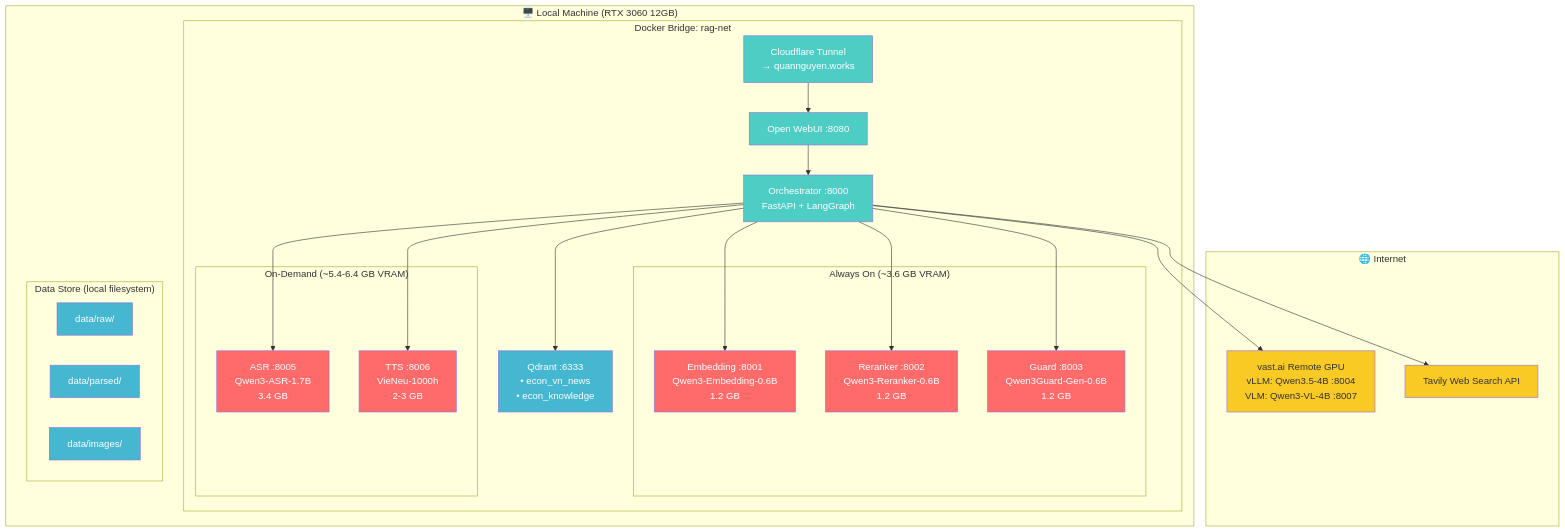
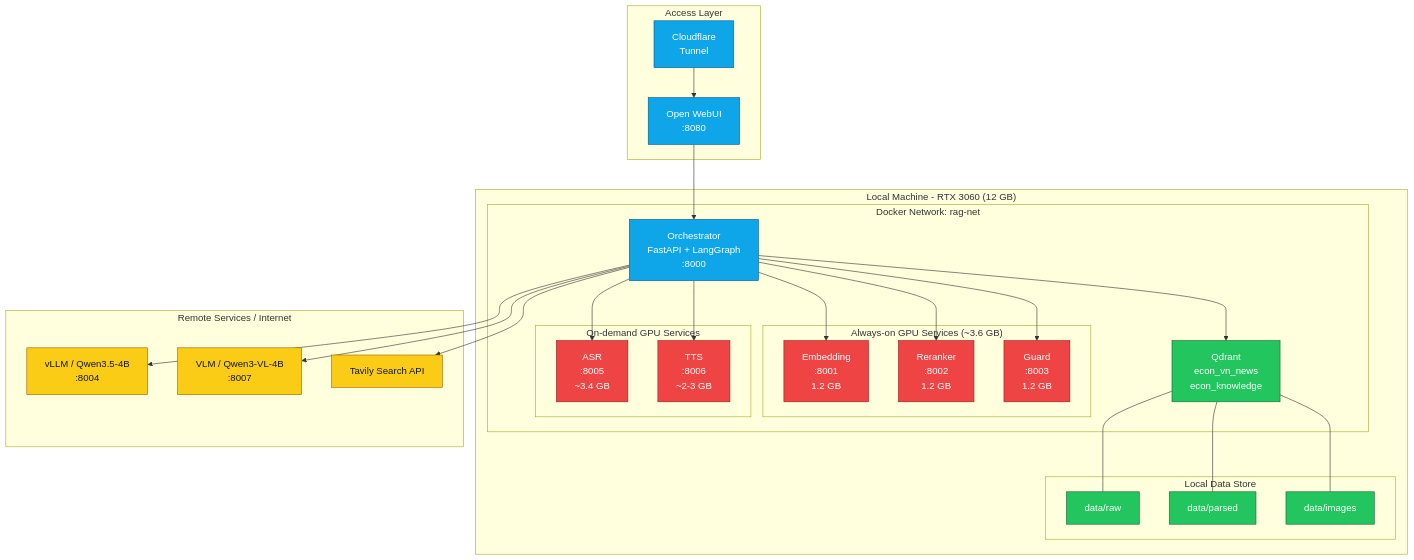
The diagram in docs/diagrams/09_multimodal_system_architecture.mmd (minhquana1906/Multimodal-Economic-RAG-Assistant), drawn with Mermaid before and after one commit. The commit also changed 11 other files, not shown here.

Commit message:
docs(diagrams): refresh multimodal architecture artifacts

```diff
--- a/docs/diagrams/09_multimodal_system_architecture.mmd
+++ b/docs/diagrams/09_multimodal_system_architecture.mmd
@@ -1,54 +1,63 @@
-graph TB
-    subgraph Internet["🌐 Internet"]
-        vastai["vast.ai Remote GPU<br/>vLLM: Qwen3.5-4B :8004<br/>VLM: Qwen3-VL-4B :8007"]
-        tavily["Tavily Web Search API"]
+flowchart TB
+    subgraph access["Access Layer"]
+        tunnel["Cloudflare<br/>Tunnel"]
+        webui["Open WebUI<br/>:8080"]
     end
 
-    subgraph Local["🖥️ Local Machine (RTX 3060 12GB)"]
-        subgraph DockerNet["Docker Bridge: rag-net"]
-            subgraph AlwaysOn["Always On (~3.6 GB VRAM)"]
-                emb["Embedding :8001<br/>Qwen3-Embedding-0.6B<br/>1.2 GB"]
-                rrk["Reranker :8002<br/>Qwen3-Reranker-0.6B<br/>1.2 GB"]
-                grd["Guard :8003<br/>Qwen3Guard-Gen-0.6B<br/>1.2 GB"]
+    subgraph local["Local Machine - RTX 3060 (12 GB)"]
+        subgraph net["Docker Network: rag-net"]
+            orch["Orchestrator<br/>FastAPI + LangGraph<br/>:8000"]
+
+            subgraph always_on["Always-on GPU Services (~3.6 GB)"]
+                emb["Embedding<br/>:8001<br/>1.2 GB"]
+                rrk["Reranker<br/>:8002<br/>1.2 GB"]
+                grd["Guard<br/>:8003<br/>1.2 GB"]
             end
 
-            subgraph OnDemand["On-Demand (~5.4-6.4 GB VRAM)"]
-                asr["ASR :8005<br/>Qwen3-ASR-1.7B<br/>3.4 GB"]
-                tts["TTS :8006<br/>VieNeu-1000h<br/>2-3 GB"]
+            subgraph on_demand["On-demand GPU Services"]
+                asr["ASR<br/>:8005<br/>~3.4 GB"]
+                tts["TTS<br/>:8006<br/>~2-3 GB"]
             end
 
-            orch["Orchestrator :8000<br/>FastAPI + LangGraph"]
-            qdrant["Qdrant :6333<br/>• econ_vn_news<br/>• econ_knowledge"]
-            webui["Open WebUI :8080"]
-            tunnel["Cloudflare Tunnel<br/>→ quannguyen.works"]
+            qdrant["Qdrant<br/>econ_vn_news<br/>econ_knowledge"]
         end
 
-        subgraph DataStore["Data Store (local filesystem)"]
-            raw["data/raw/"]
-            parsed["data/parsed/"]
-            images["data/images/"]
+        subgraph fs["Local Data Store"]
+            raw["data/raw"]
+            parsed["data/parsed"]
+            images["data/images"]
         end
     end
 
-    %% Connections
+    subgraph remote["Remote Services / Internet"]
+        llm["vLLM / Qwen3.5-4B<br/>:8004"]
+        vlm["VLM / Qwen3-VL-4B<br/>:8007"]
+        tavily["Tavily Search API"]
+    end
+
+    tunnel --> webui
     webui --> orch
-    tunnel --> webui
+
     orch --> emb
     orch --> rrk
     orch --> grd
     orch --> asr
     orch --> tts
     orch --> qdrant
-    orch --> vastai
+    orch --> llm
+    orch --> vlm
     orch --> tavily
 
-    %% Styling
-    classDef gpu fill:#ff6b6b,color:#fff
-    classDef service fill:#4ecdc4,color:#fff
-    classDef storage fill:#45b7d1,color:#fff
-    classDef remote fill:#f9ca24,color:#333
+    qdrant --- raw
+    qdrant --- parsed
+    qdrant --- images
+
+    classDef gpu fill:#ef4444,color:#fff,stroke:#991b1b
+    classDef service fill:#0ea5e9,color:#fff,stroke:#075985
+    classDef storage fill:#22c55e,color:#fff,stroke:#166534
+    classDef remote fill:#facc15,color:#111827,stroke:#a16207
 
     class emb,rrk,grd,asr,tts gpu
     class orch,webui,tunnel service
     class qdrant,raw,parsed,images storage
-    class vastai,tavily remote
+    class llm,vlm,tavily remote
```
